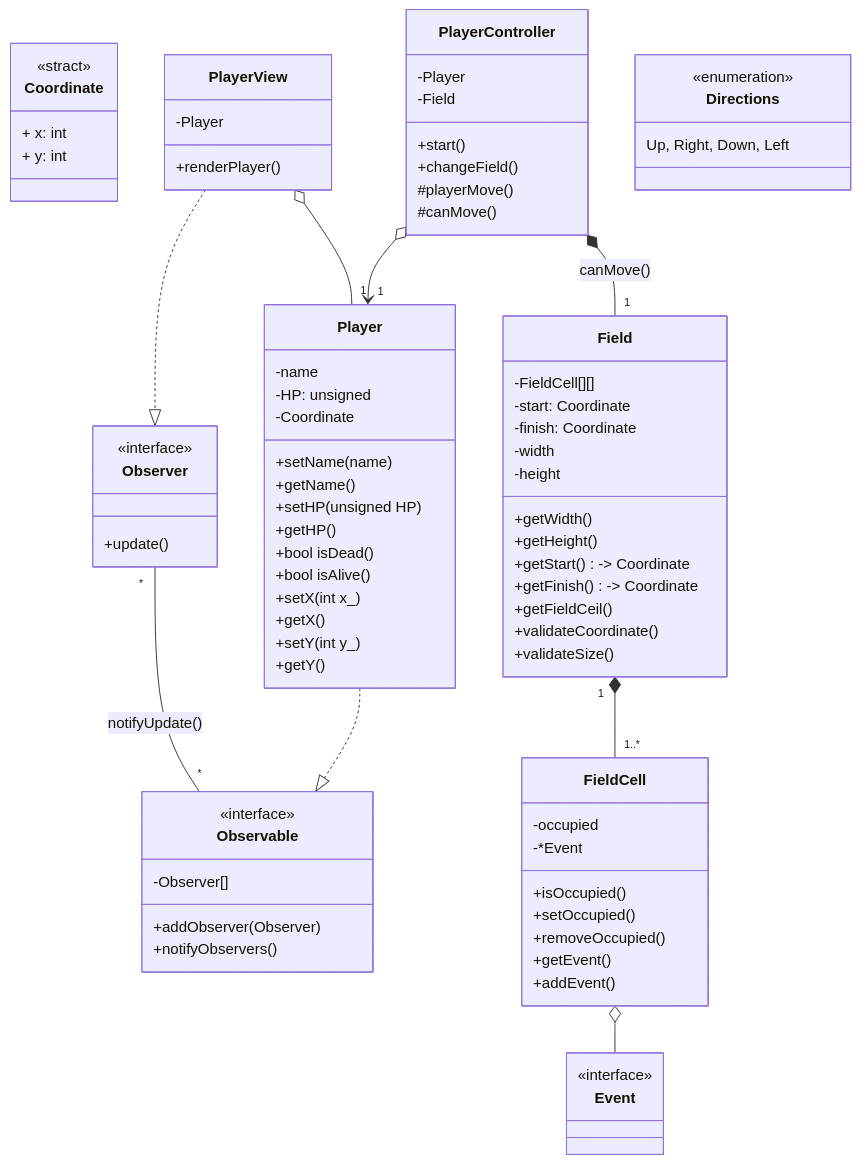
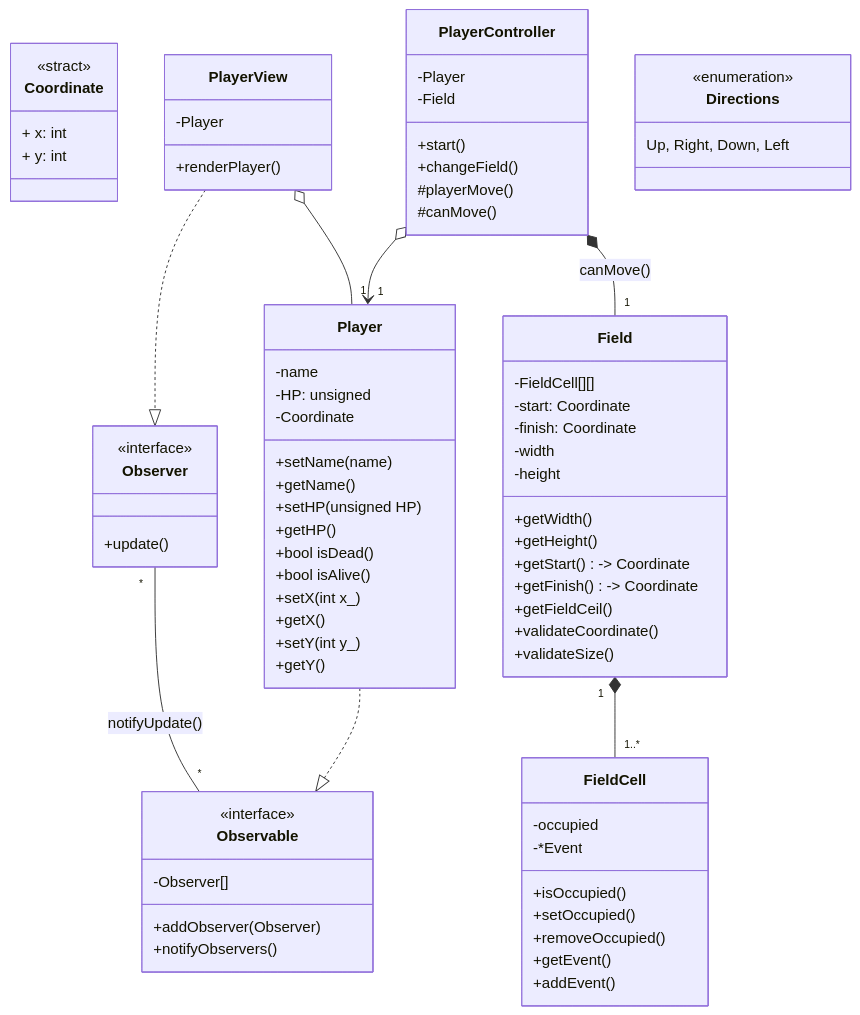
Before and after one commit to TeUm3048/oop_zhandirych: the diagram in class.md, drawn with Mermaid. The commit also changed 2 other files, not shown here.

Commit message:
Delete Event

````diff
--- a/class.md
+++ b/class.md
@@ -72,9 +72,9 @@
         +validateCoordinate()
         +validateSize()
     }
-    class Event {
-        <<interface>>
-    }
+%%    class Event {
+%%        <<interface>>
+%%    }
 
     Player ..|> Observable
     Observer "*" -- "*" Observable: notifyUpdate()
@@ -83,6 +83,6 @@
     PlayerController o--> "1" Player
     Field "1" *-- "1..*" FieldCell
     PlayerController *-- "1" Field: canMove()
-    FieldCell o-- Event
+%%    FieldCell o-- Event
 
 ```
````
